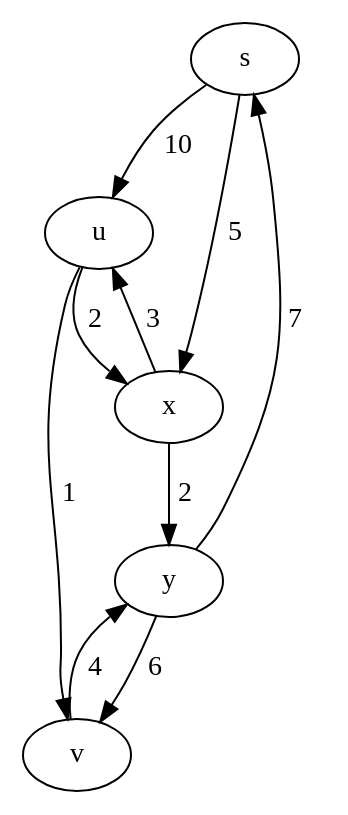
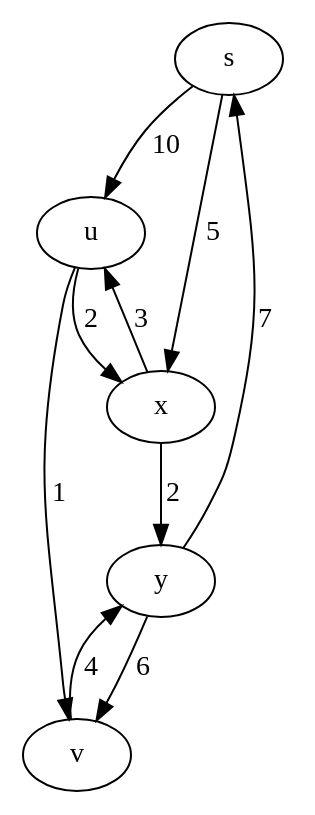
The diagram in io/graph_03.dot (MaxPower9001/B-AI3GKAP), drawn with Graphviz before and after one commit. The commit also changed 21 other files, not shown here.

```diff
--- a/io/graph_03.dot
+++ b/io/graph_03.dot
@@ -1,17 +1,17 @@
 digraph graph_03
 {
 s
 u
 x
 v
 y
-s -> u [label=" 10  "]
-s -> x [label=" 5  "]
-u -> x [label=" 2  "]
-u -> v [label=" 1  "]
-x -> u [label=" 3  "]
-x -> y [label=" 2  "]
-v -> y [label=" 4  "]
-y -> s [label=" 7  "]
-y -> v [label=" 6  "]
+s -> u [label="10  "]
+s -> x [label="5  "]
+u -> x [label="2  "]
+u -> v [label="1  "]
+x -> u [label="3  "]
+x -> y [label="2  "]
+v -> y [label="4  "]
+y -> s [label="7  "]
+y -> v [label="6  "]
 }
```
